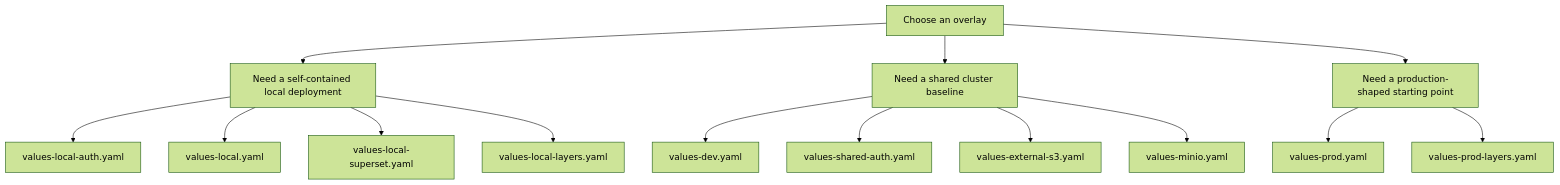
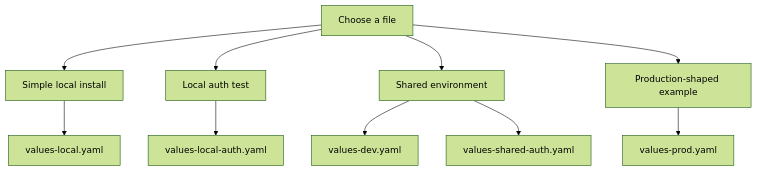
Before and after one commit to sanger-pathogens/dlh-in-a-box-umbrella-helm-chart: the diagram in examples/README.md, drawn with Mermaid (forest theme). The commit also changed other lines of this file and 27 other files, not shown here.

Commit message:
Rewrite and simplify chart documentation

````diff
--- a/examples/README.md
+++ b/examples/README.md
@@ -8,18 +10,13 @@
 ```mermaid
 flowchart TD
-  Start[Choose an overlay]
-  Start --> Local[Need a self-contained local deployment]
-  Start --> Shared[Need a shared cluster baseline]
-  Start --> Prod[Need a production-shaped starting point]
+  Start[Choose a file] --> Local[Simple local install]
+  Start --> Smoke[Local auth test]
+  Start --> Shared[Shared environment]
+  Start --> Prod[Production-shaped example]
 
-  Local --> LocalAuth[values-local-auth.yaml]
   Local --> LocalBase[values-local.yaml]
-  Local --> LocalSuperset[values-local-superset.yaml]
-  Local --> LocalLayers[values-local-layers.yaml]
+  Smoke --> LocalAuth[values-local-auth.yaml]
   Shared --> Dev[values-dev.yaml]
   Shared --> SharedAuth[values-shared-auth.yaml]
-  Shared --> ExternalS3[values-external-s3.yaml]
-  Shared --> MinioOnly[values-minio.yaml]
   Prod --> ProdBase[values-prod.yaml]
-  Prod --> ProdLayers[values-prod-layers.yaml]
 ```
````
